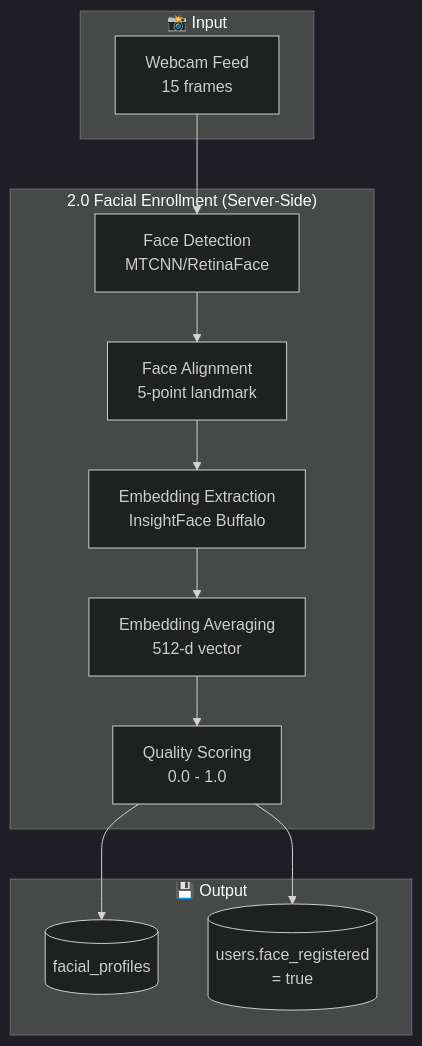
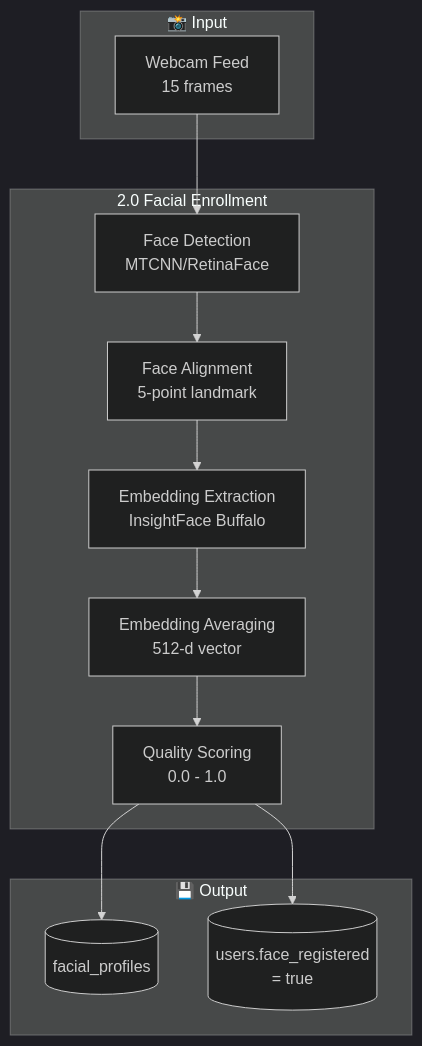
Before and after one commit to EannMon/FRAMESCAPSTONE: the seventh of 14 diagrams in documentation/database/FRAMES_Data_Flow_Diagram.md, drawn with Mermaid (dark theme). The commit also changed other lines of this file and 1 other file, not shown here.

````diff
--- a/documentation/database/FRAMES_Data_Flow_Diagram.md
+++ b/documentation/database/FRAMES_Data_Flow_Diagram.md
@@ -213,23 +295,23 @@
 ```mermaid
 flowchart TB
     subgraph INPUT["📸 Input"]
-        A1["Webcam Feed\n15 frames"]
+        A1["Webcam Feed<br/>15 frames"]
     end
 
-    subgraph PROCESS["2.0 Facial Enrollment (Server-Side)"]
-        B1["Face Detection\nMTCNN/RetinaFace"]
-        B2["Face Alignment\n5-point landmark"]
-        B3["Embedding Extraction\nInsightFace Buffalo"]
-        B4["Embedding Averaging\n512-d vector"]
-        B5["Quality Scoring\n0.0 - 1.0"]
+    subgraph PROCESS["2.0 Facial Enrollment"]
+        B1["Face Detection<br/>MTCNN/RetinaFace"]
+        B2["Face Alignment<br/>5-point landmark"]
+        B3["Embedding Extraction<br/>InsightFace Buffalo"]
+        B4["Embedding Averaging<br/>512-d vector"]
+        B5["Quality Scoring<br/>0.0 - 1.0"]
     end
 
     subgraph OUTPUT["💾 Output"]
         C1[("facial_profiles")]
-        C2[("users.face_registered\n= true")]
+        C2[("users.face_registered<br/>= true")]
     end
 
     A1 --> B1 --> B2 --> B3 --> B4 --> B5
     B5 --> C1
     B5 --> C2
 ```
````
